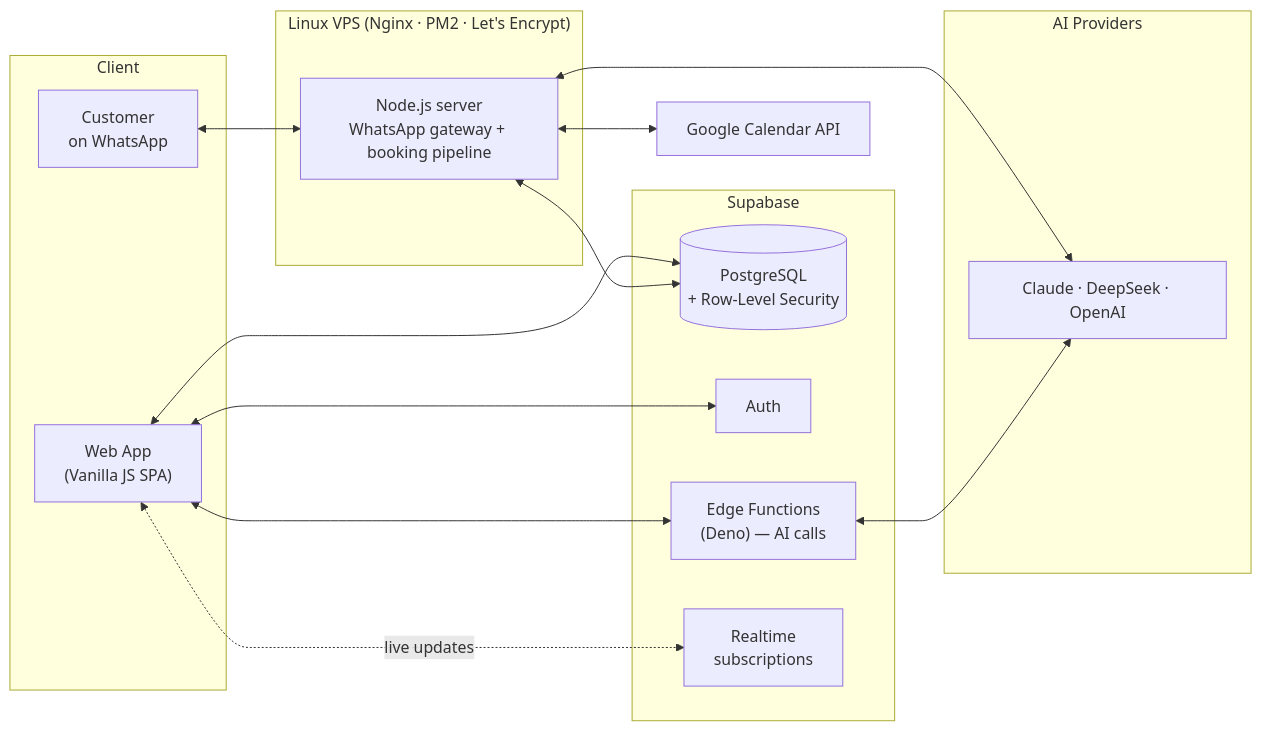
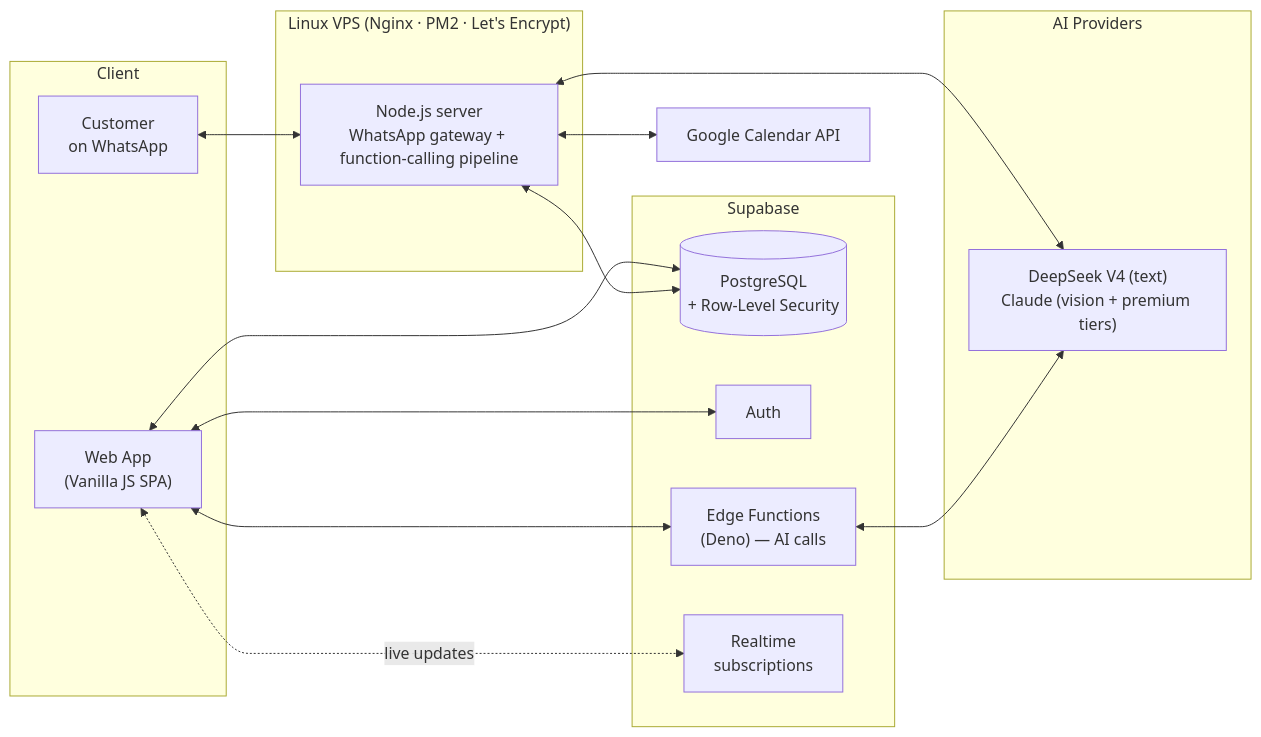
The diagram in README.md (leiflima/promptlab-case-study), drawn with Mermaid before and after one commit. The commit also changed other lines of this file and 1 other file, not shown here.

First line of the commit message:
Update case study to current architecture; fix function-calling, fallback, languages, integrations

````diff
--- a/README.md
+++ b/README.md
@@ -24,32 +24,32 @@
 ```mermaid
 flowchart LR
     subgraph Client
         SPA["Web App<br/>(Vanilla JS SPA)"]
         WA["Customer<br/>on WhatsApp"]
     end
 
     subgraph VPS["Linux VPS (Nginx · PM2 · Let's Encrypt)"]
-        API["Node.js server<br/>WhatsApp gateway + booking pipeline"]
+        API["Node.js server<br/>WhatsApp gateway + function-calling pipeline"]
     end
 
     subgraph Supabase
         DB[("PostgreSQL<br/>+ Row-Level Security")]
         AUTH["Auth"]
         EDGE["Edge Functions<br/>(Deno) — AI calls"]
         RT["Realtime<br/>subscriptions"]
     end
 
     subgraph AI["AI Providers"]
-        LLM["Claude · DeepSeek · OpenAI"]
+        LLM["DeepSeek V4 (text)<br/>Claude (vision + premium tiers)"]
     end
 
     SPA <--> AUTH
     SPA <--> DB
     SPA <--> EDGE
     SPA <-. live updates .-> RT
     WA <--> API
     API <--> DB
     API <--> LLM
     EDGE <--> LLM
     API <--> GCAL["Google Calendar API"]
 ```
````
